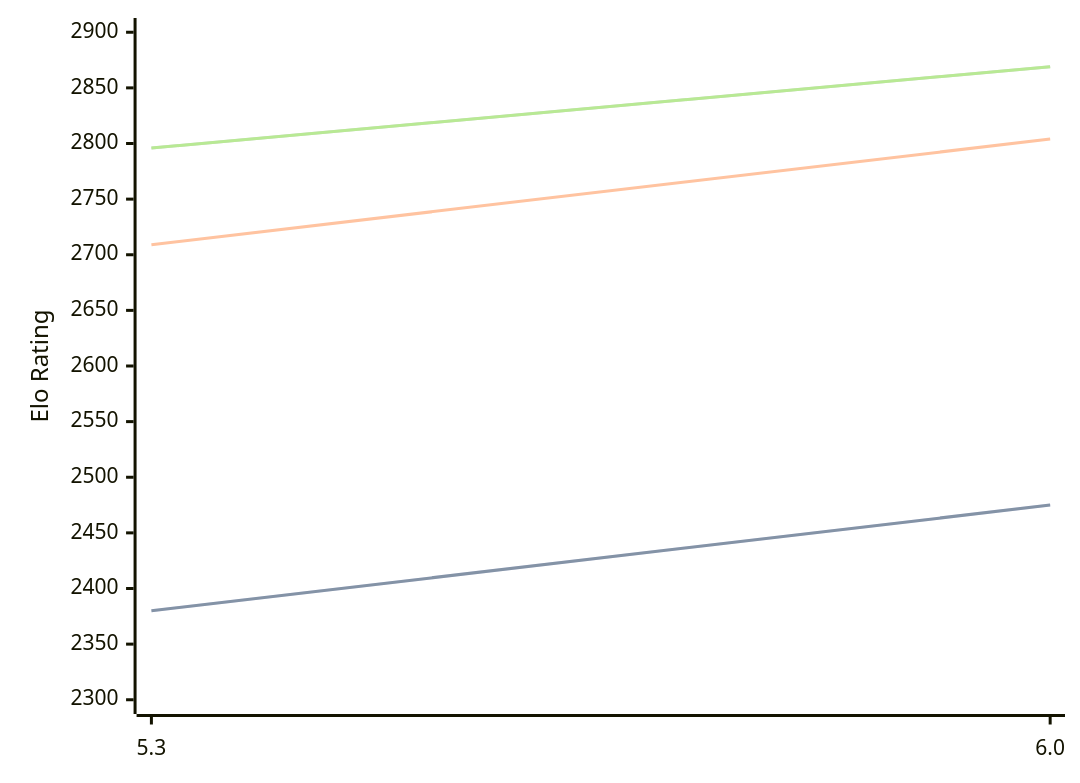
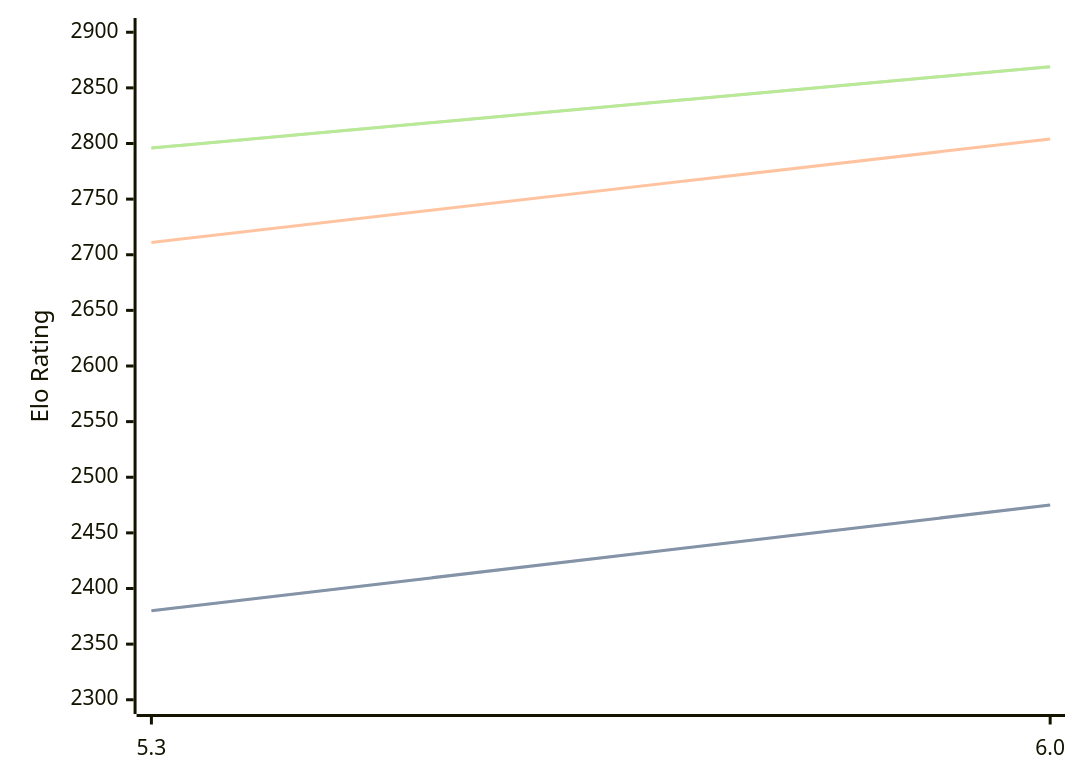
The first of 3 diagrams in engines/tomitankChess.md (computer-chess-index/cci), drawn with Mermaid before and after one commit. The commit also changed other lines of this file, not shown here.

````diff
--- a/engines/tomitankChess.md
+++ b/engines/tomitankChess.md
@@ -40,11 +40,11 @@
 ```mermaid
 %%{init: {"theme":"base","themeVariables":{"seriesColors:['#a3a3a3','#222221','#faa371']}}}%%
 xychart-beta
   x-axis ["5.3", "6.0"]
   y-axis "Elo Rating" 2300 --> 2900
   line "STC (8.0+0.08s)" [2380, 2475]
   line "STC (8.0+0.08s)" [2380, 2475]
-  line "LTC (60.0+0.60s)" [2709, 2804]
+  line "LTC (60.0+0.60s)" [2711, 2804]
   line "VLTC (2m24s+1.12s)" [2796, 2869]
   line "VLTC (2m24s+1.12s)" [2796, 2869]
 ```
````
